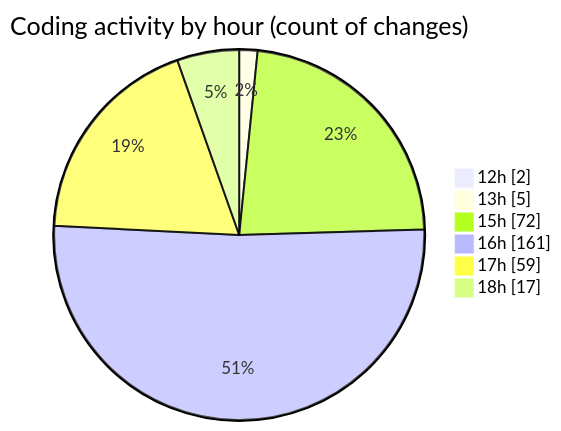
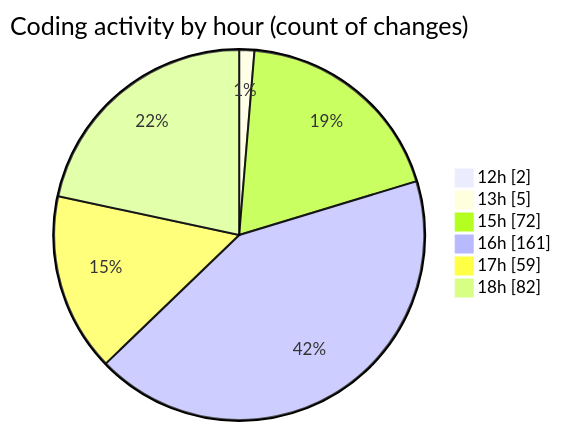
The second of 2 diagrams in 2025-07-12/fish/README.md (EIIisD/code-tracking), drawn with Mermaid before and after one commit. The commit also changed other lines of this file and 1 other file, not shown here.

````diff
--- a/2025-07-12/fish/README.md
+++ b/2025-07-12/fish/README.md
@@ -177,10 +203,10 @@
 ```mermaid
 pie showData
 title Coding activity by hour (count of changes)
 "12h" : 2
 "13h" : 5
 "15h" : 72
 "16h" : 161
 "17h" : 59
-"18h" : 17
+"18h" : 82
 ```
````
